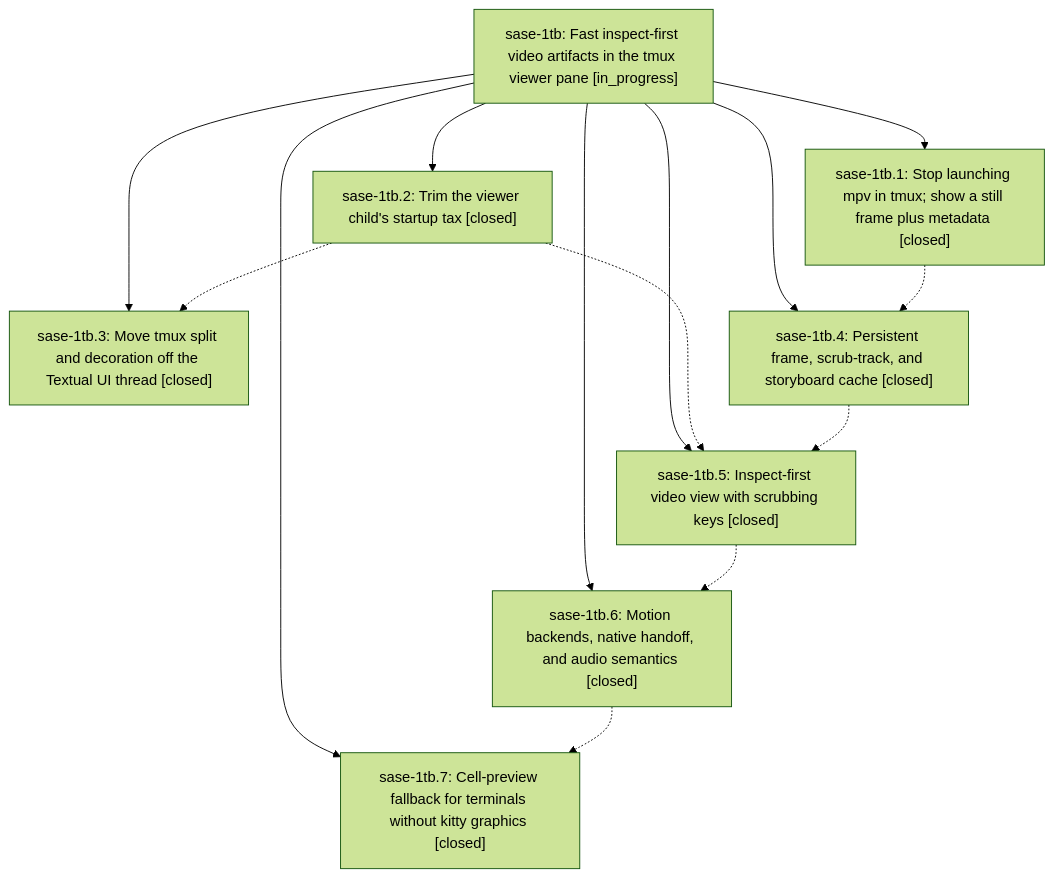
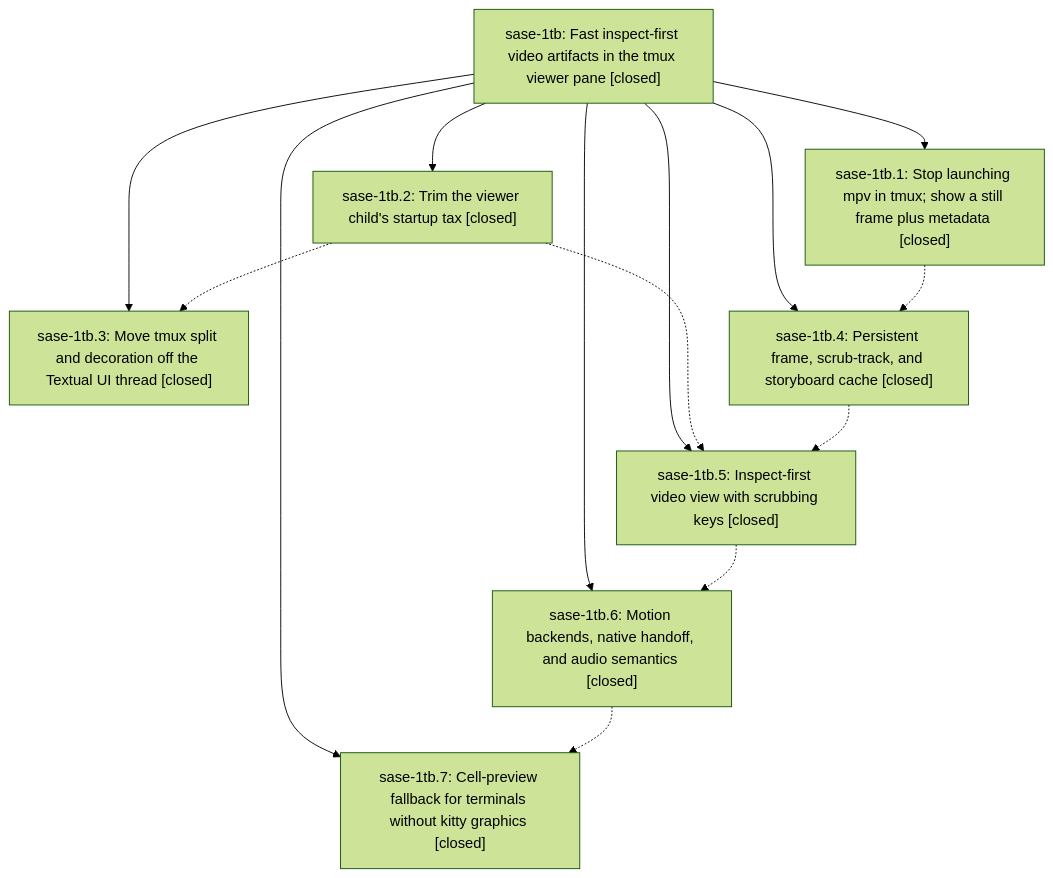
The diagram in pages/sase-1tb/README.md (sase-org/sase--beads), drawn with Mermaid (forest theme) before and after one commit. The commit also changed other lines of this file, not shown here.

First line of the commit message:
chore(beads): sync bead state and pages for sase-1tb

````diff
--- a/pages/sase-1tb/README.md
+++ b/pages/sase-1tb/README.md
@@ -60,24 +62,24 @@
 ```mermaid
 flowchart TD
-    n0["sase-1tb: Fast inspect-first video artifacts in the tmux viewer pane [in_progress]"]
+    n0["sase-1tb: Fast inspect-first video artifacts in the tmux viewer pane [closed]"]
     n1["sase-1tb.1: Stop launching mpv in tmux; show a still frame plus metadata [closed]"]
     n2["sase-1tb.2: Trim the viewer child's startup tax [closed]"]
     n3["sase-1tb.3: Move tmux split and decoration off the Textual UI thread [closed]"]
     n4["sase-1tb.4: Persistent frame, scrub-track, and storyboard cache [closed]"]
     n5["sase-1tb.5: Inspect-first video view with scrubbing keys [closed]"]
     n6["sase-1tb.6: Motion backends, native handoff, and audio semantics [closed]"]
     n7["sase-1tb.7: Cell-preview fallback for terminals without kitty graphics [closed]"]
     n0 --> n1
     n0 --> n2
     n0 --> n3
     n0 --> n4
     n0 --> n5
     n0 --> n6
     n0 --> n7
     n1 -.-> n4
     n2 -.-> n3
     n2 -.-> n5
     n4 -.-> n5
     n5 -.-> n6
     n6 -.-> n7
 ```
````
